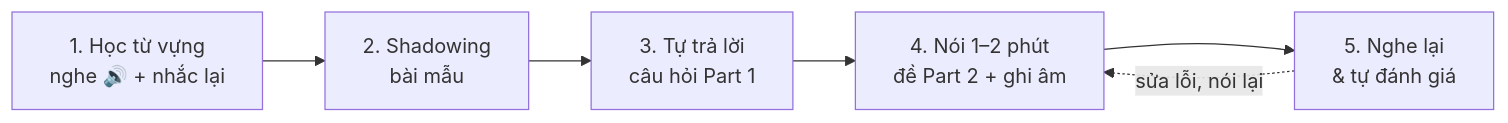
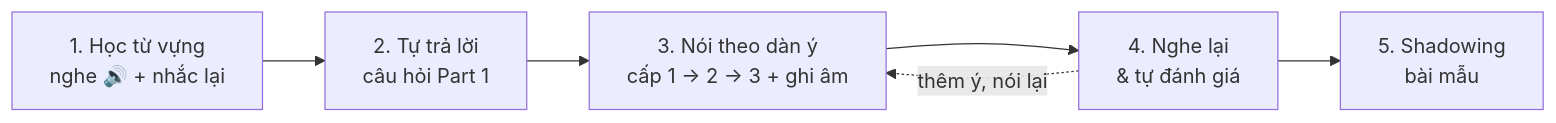
The diagram in speaking/phuong-phap.mdx (thangnguyen4567/EnglishByYourSelf), drawn with Mermaid before and after one commit. The commit also changed other lines of this file and 53 other files, not shown here.

Commit message:
update roadmap

````diff
--- a/speaking/phuong-phap.mdx
+++ b/speaking/phuong-phap.mdx
@@ -11,8 +11,8 @@
 ```mermaid
 flowchart LR
-    A["1. Học từ vựng<br/>nghe 🔊 + nhắc lại"] --> B["2. Shadowing<br/>bài mẫu"]
-    B --> C["3. Tự trả lời<br/>câu hỏi Part 1"]
-    C --> D["4. Nói 1–2 phút<br/>đề Part 2 + ghi âm"]
-    D --> E["5. Nghe lại<br/>& tự đánh giá"]
-    E -.->|sửa lỗi, nói lại| D
+    A["1. Học từ vựng<br/>nghe 🔊 + nhắc lại"] --> C["2. Tự trả lời<br/>câu hỏi Part 1"]
+    C --> D["3. Nói theo dàn ý<br/>cấp 1 → 2 → 3 + ghi âm"]
+    D --> E["4. Nghe lại<br/>& tự đánh giá"]
+    E --> B["5. Shadowing<br/>bài mẫu"]
+    E -.->|thêm ý, nói lại| D
 ```
````
